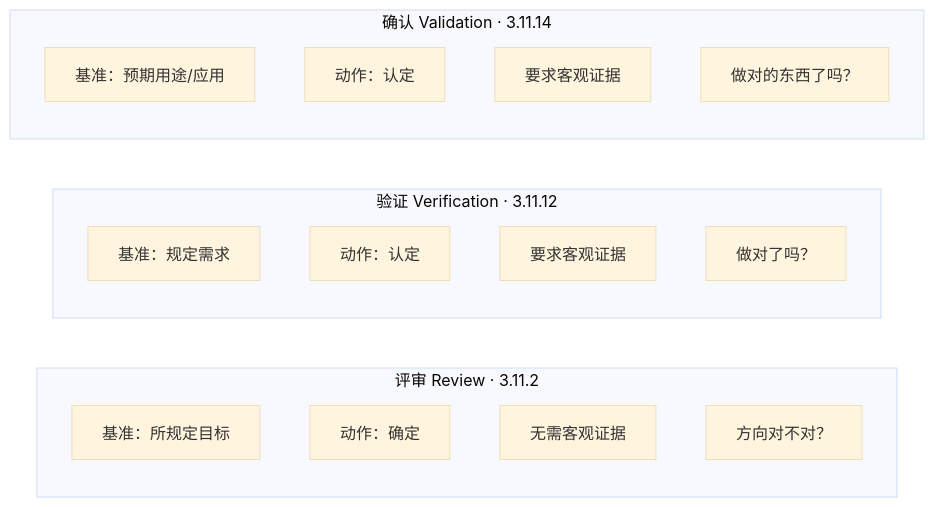
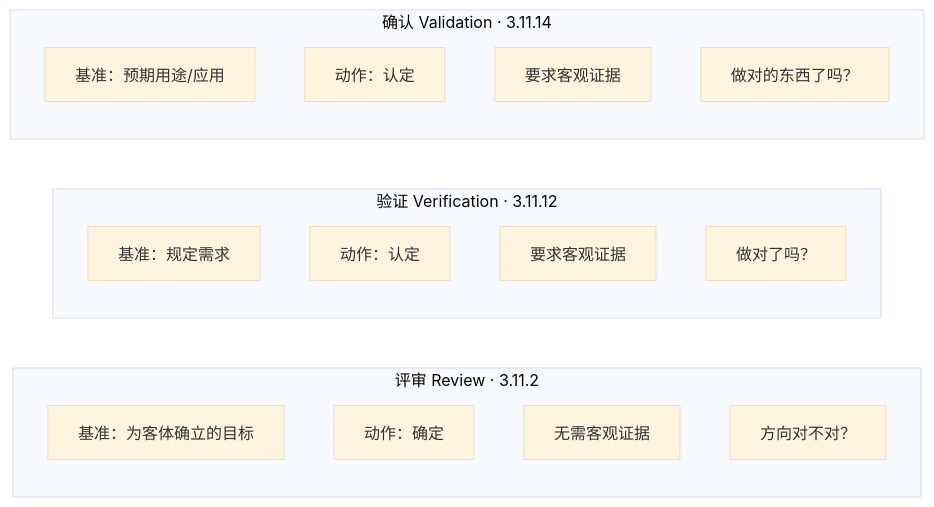
The fifth of 21 diagrams in 100-subprojects/01-系统工程研究/00-系统工程相关研究报告/03-评审概念研究报告-从评审定义到需求管理.md (Yongjunzhou/AOS-system-design), drawn with Mermaid (base theme) before and after one commit. The commit also changed other lines of this file and 21 other files, not shown here.

````diff
--- a/100-subprojects/01-系统工程研究/00-系统工程相关研究报告/03-评审概念研究报告-从评审定义到需求管理.md
+++ b/100-subprojects/01-系统工程研究/00-系统工程相关研究报告/03-评审概念研究报告-从评审定义到需求管理.md
@@ -201,24 +224,24 @@
 ```mermaid
 flowchart LR
     subgraph R["评审 Review · 3.11.2"]
         direction TB
-        R1["基准：所规定目标"]
+        R1["基准：为客体确立的目标"]
         R2["动作：确定"]
         R3["无需客观证据"]
         R4["方向对不对？"]
     end
     subgraph V["验证 Verification · 3.11.12"]
         direction TB
         V1["基准：规定需求"]
         V2["动作：认定"]
         V3["要求客观证据"]
         V4["做对了吗？"]
     end
     subgraph L["确认 Validation · 3.11.14"]
         direction TB
         L1["基准：预期用途/应用"]
         L2["动作：认定"]
         L3["要求客观证据"]
         L4["做对的东西了吗？"]
     end
 ```
````
